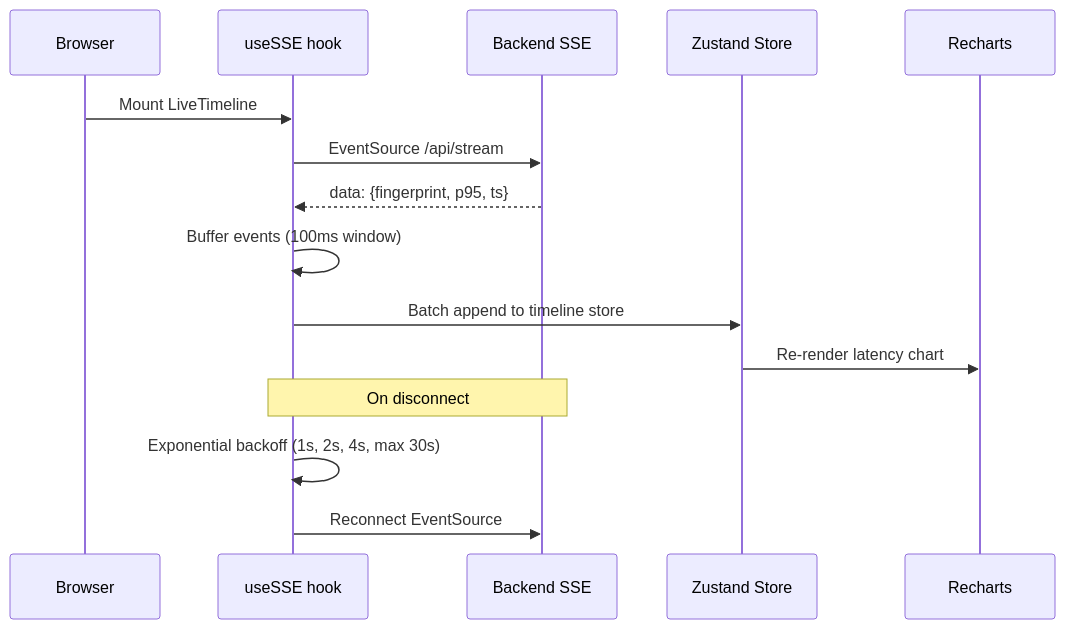
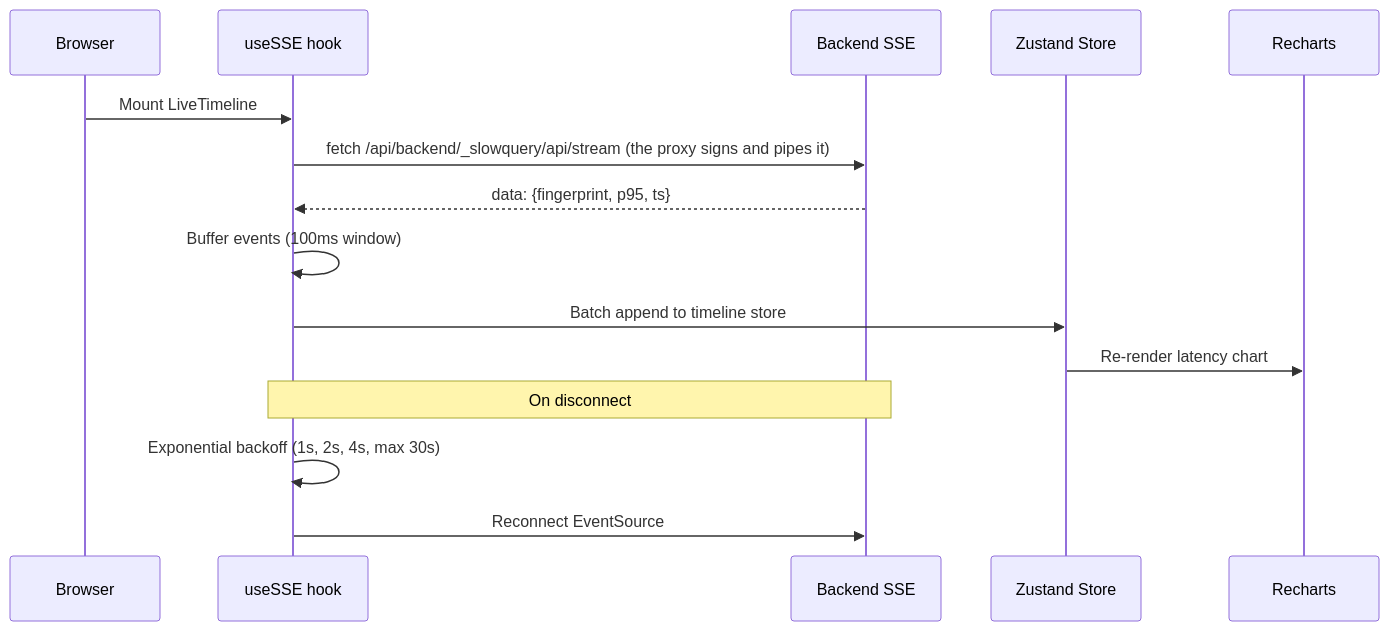
The third of 4 diagrams in docs/ARCHITECTURE.md (Abdul-Muizz1310/slowquery-dashboard-frontend), drawn with Mermaid before and after one commit. The commit also changed other lines of this file and 36 other files, not shown here.

````diff
--- a/docs/ARCHITECTURE.md
+++ b/docs/ARCHITECTURE.md
@@ -59,19 +62,19 @@
 ```mermaid
 sequenceDiagram
     participant B as Browser
     participant Hook as useSSE hook
     participant API as Backend SSE
     participant Store as Zustand Store
     participant Chart as Recharts
 
     B->>Hook: Mount LiveTimeline
-    Hook->>API: EventSource /api/stream
+    Hook->>API: fetch /api/backend/_slowquery/api/stream (the proxy signs and pipes it)
     API-->>Hook: data: {fingerprint, p95, ts}
     Hook->>Hook: Buffer events (100ms window)
     Hook->>Store: Batch append to timeline store
     Store->>Chart: Re-render latency chart
 
     Note over Hook,API: On disconnect
     Hook->>Hook: Exponential backoff (1s, 2s, 4s, max 30s)
     Hook->>API: Reconnect EventSource
 ```
````
